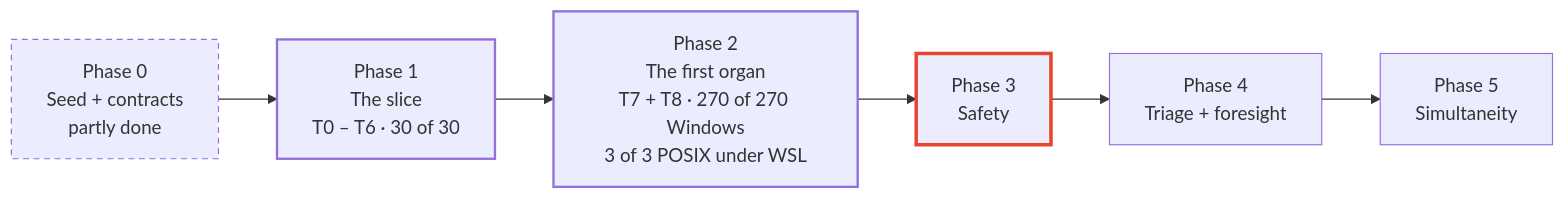
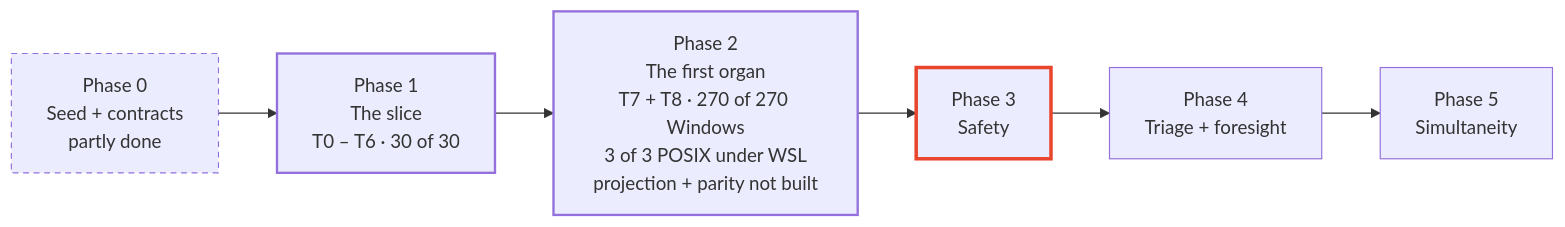
Before and after one commit to JosephOIbrahim/Plexus: the first of 4 diagrams in README.md, drawn with Mermaid. The commit also changed other lines of this file and 1 other file, not shown here.

First line of the commit message:
readme, diagrams: alpha.13 is the latest release, and Phase 2 is done by its frozen tests with L3 projection and composer parity not built

````diff
--- a/README.md
+++ b/README.md
@@ -51,13 +51,13 @@
 ```mermaid
 flowchart LR
     P0["Phase 0<br/>Seed + contracts<br/>partly done"]:::part
     P1["Phase 1<br/>The slice<br/>T0 – T6 · 30 of 30"]:::done
-    P2["Phase 2<br/>The first organ<br/>T7 + T8 · 270 of 270 Windows<br/>3 of 3 POSIX under WSL"]:::done
+    P2["Phase 2<br/>The first organ<br/>T7 + T8 · 270 of 270 Windows<br/>3 of 3 POSIX under WSL<br/>projection + parity not built"]:::done
     P3["Phase 3<br/>Safety"]:::next
     P4["Phase 4<br/>Triage + foresight"]
     P5["Phase 5<br/>Simultaneity"]
     P0 --> P1 --> P2 --> P3 --> P4 --> P5
     classDef done stroke-width:2px
     classDef part stroke-dasharray:5 4
     classDef next stroke:#E8452C,stroke-width:3px
 ```
````
